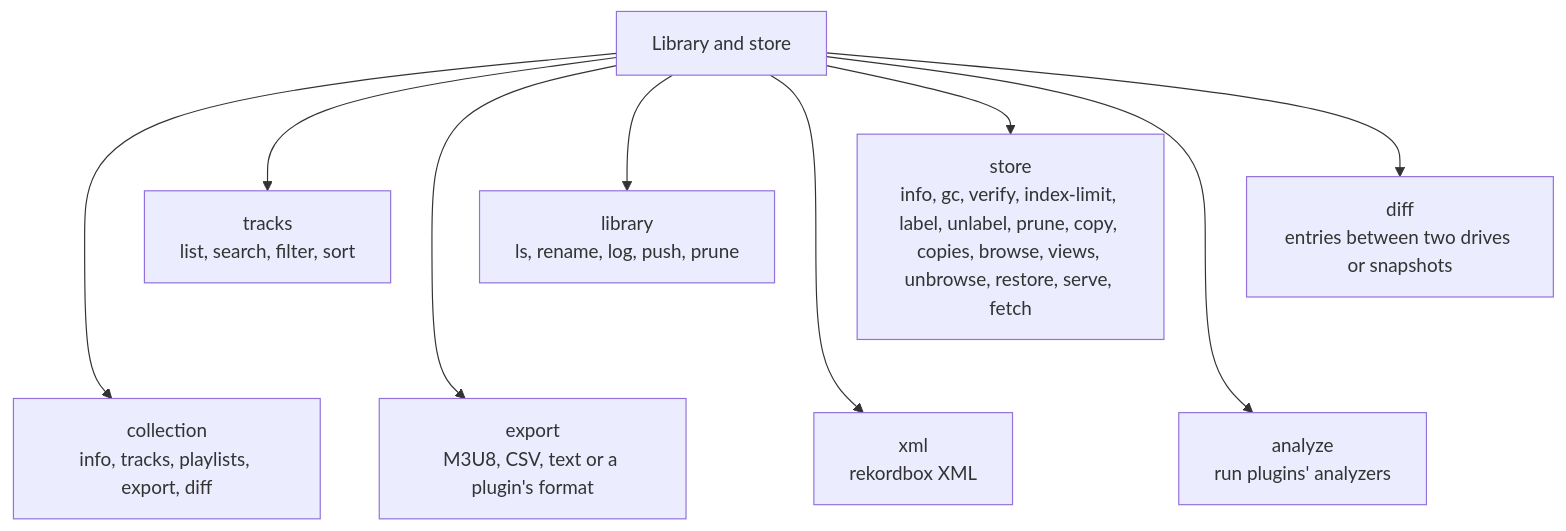
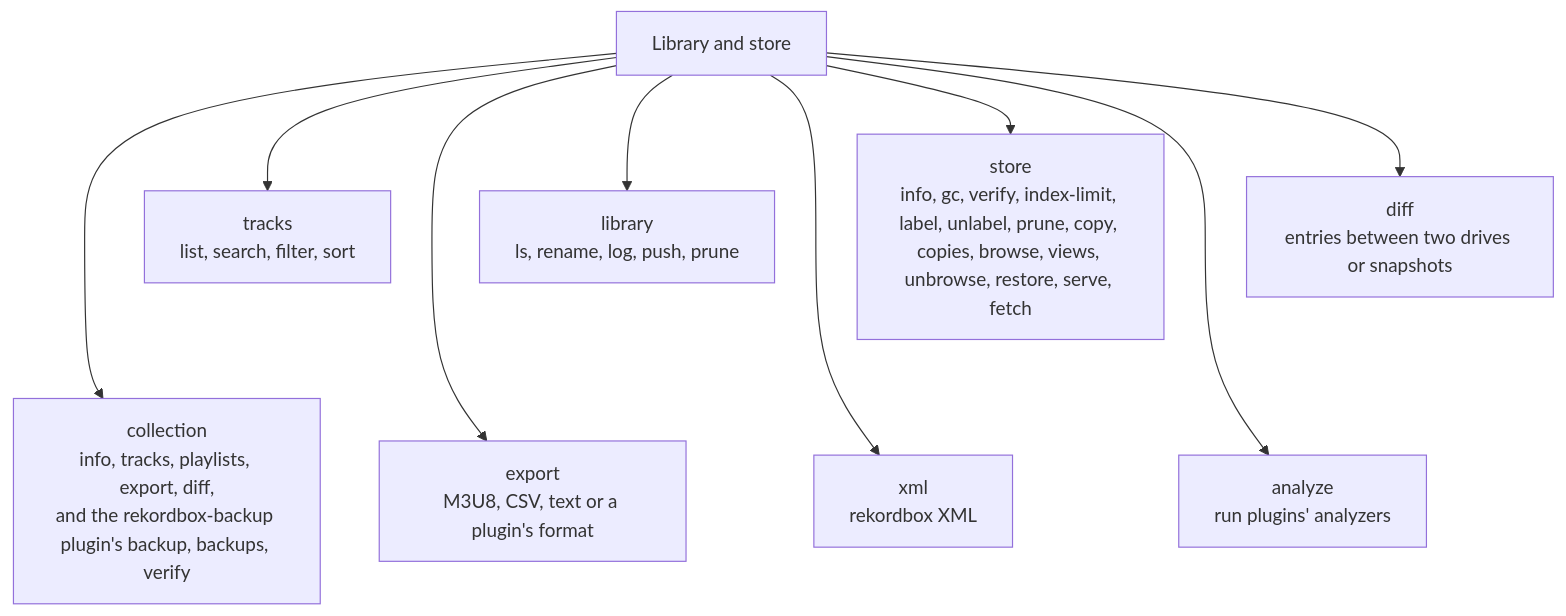
Before and after one commit to cutenode/localnetwork: the eighth of 11 diagrams in apps/locallibrary/README.md, drawn with Mermaid. The commit also changed other lines of this file and 1 other file, not shown here.

Commit message:
docs(locallibrary): add the rekordbox-backup plugin to the diagrams
docs/diagrams/plugins.md lists it with the other built-in plugins that work on a library, with its commands and its schedule service, and README.md's library and store commands list its backup, backups and verify under collection. Both diagrams name its manifest as a source.

````diff
--- a/apps/locallibrary/README.md
+++ b/apps/locallibrary/README.md
@@ -425,16 +425,16 @@
 ```mermaid
 flowchart TD
     hub["Library and store"]
     hub --> tracks["tracks<br/>list, search, filter, sort"]
     hub --> library["library<br/>ls, rename, log, push, prune"]
     hub --> store["store<br/>info, gc, verify, index-limit, label, unlabel, prune, copy, copies, browse, views, unbrowse, restore, serve, fetch"]
     hub --> diff["diff<br/>entries between two drives or snapshots"]
-    hub --> collection["collection<br/>info, tracks, playlists, export, diff"]
+    hub --> collection["collection<br/>info, tracks, playlists, export, diff,<br/>and the rekordbox-backup plugin's backup, backups, verify"]
     hub --> export["export<br/>M3U8, CSV, text or a plugin's format"]
     hub --> xml["xml<br/>rekordbox XML"]
     hub --> analyze["analyze<br/>run plugins' analyzers"]
     tracks ~~~ collection
     library ~~~ export
     store ~~~ xml
     diff ~~~ analyze
 ```
````
